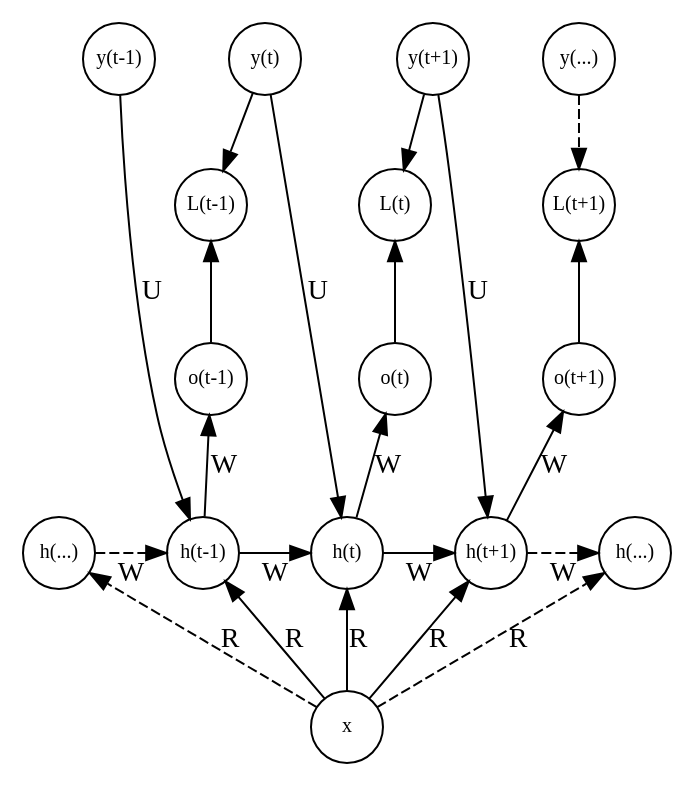
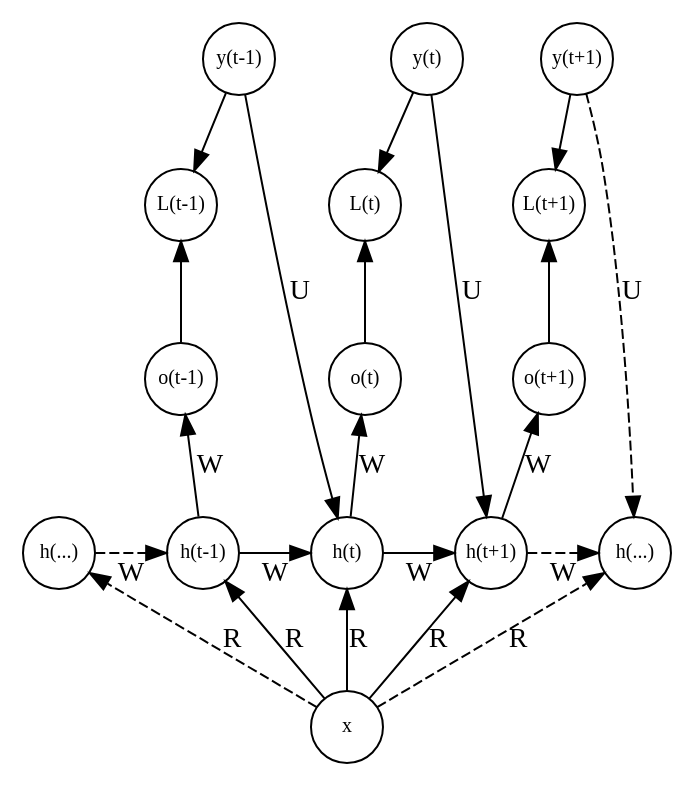
One commit to one-leaf/tensorflow changed the tenth of 10 diagrams in book/deeplearning/10-序列建模：循环和递归网络.md. Above: the diagram before and after it, drawn with Graphviz. The commit also changed other lines of this file and 1 other file, not shown here.

````diff
--- a/book/deeplearning/10-序列建模：循环和递归网络.md
+++ b/book/deeplearning/10-序列建模：循环和递归网络.md
@@ -378,46 +378,45 @@
         ```graphviz
         digraph rnn{
             rankdir=BT;
             node [margin=0 shape=circle width=0.5 fontsize=10]
             x->h0 [label="R" style=dashed]
             x->{h1,h2,h3} [label="R"]
             x->h4 [label="R" style=dashed]
             h0->h1 [label="W" style=dashed]
             h3->h4 [label="W" style=dashed]
             h1->h2->h3 [label="W"]
             h1->o1 [label="W"]
             o1->L1
             h2->o2 [label="W"]
             o2->L2
             h3->o3 [label="W"]
             o3->L3
-            y1->h1 [label="U"]
-            y2->L1
-            y2->h2 [label="U"]
-            y3->L2
-            y3->h3 [label="U"]
-            y4->L3 [style=dashed]
+            y1->h2 [label="U"]
+            y1->L1
+            y2->h3 [label="U"]
+            y2->L2
+            y3->h4 [label="U" style=dashed]
+            y3->L3 
 
             h0 [label="h(...)"]
             h4 [label="h(...)"]
             h1 [label="h(t-1)"]
             h2 [label="h(t)"]
             h3 [label="h(t+1)"]
             o1 [label="o(t-1)"]
             o2 [label="o(t)"]
             o3 [label="o(t+1)"]
             L1 [label="L(t-1)"]
             L2 [label="L(t)"]
             L3 [label="L(t+1)"]
             y1 [label="y(t-1)"]
             y2 [label="y(t)"]
             y3 [label="y(t+1)"]
-            y4 [label="y(...)"]
 
             {rank=same; x}
             {rank=same; h0;h1;h2;h3;h4}
             {rank=same; o1;o2;o3}
             {rank=same; L1;L2;L3}
-            {rank=sink; y1;y2;y3;y4}
+            {rank=sink; y1;y2;y3}
         }
         ```          
````
